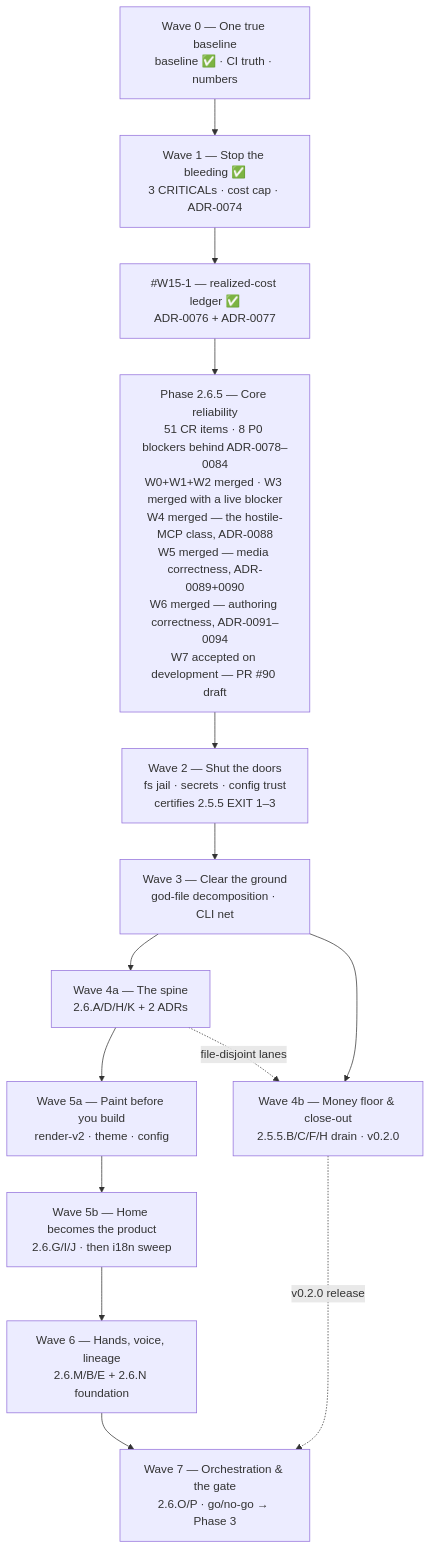
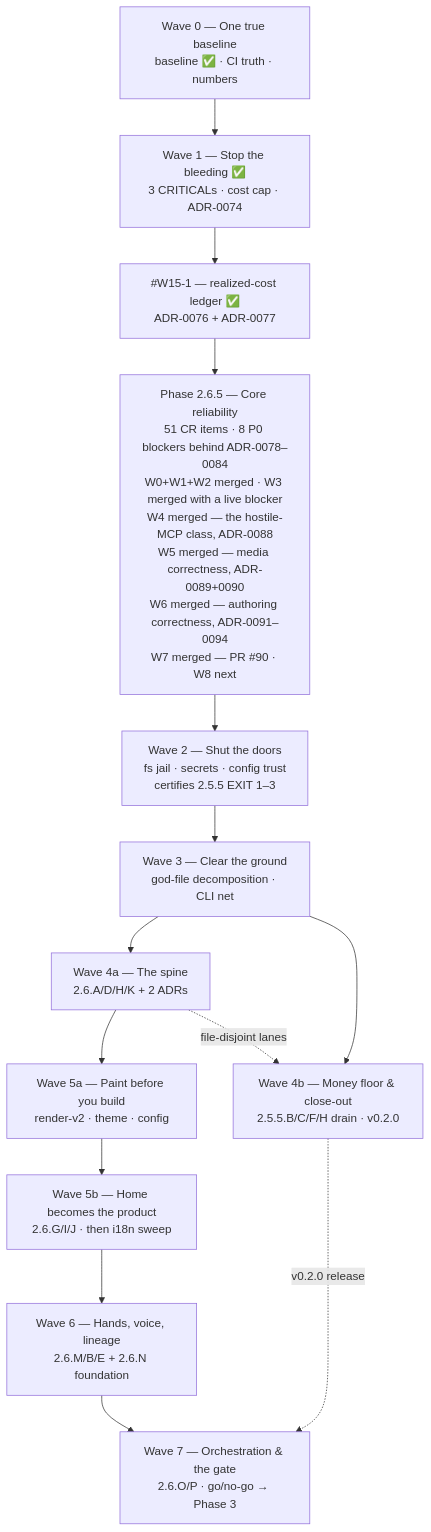
One commit to HodeTech/Relavium changed the diagram in docs/roadmap/current.md. Above: the diagram before and after it, drawn with Mermaid. The commit also changed other lines of this file and 5 other files, not shown here.

First line of the commit message:
docs(docs): record w7 merge and next reliability work

````diff
--- a/docs/roadmap/current.md
+++ b/docs/roadmap/current.md
@@ -430,19 +458,19 @@
 ```mermaid
 flowchart TD
     W0["Wave 0 — One true baseline<br/>baseline ✅ · CI truth · numbers"]
     W1["Wave 1 — Stop the bleeding ✅<br/>3 CRITICALs · cost cap · ADR-0074"]
     LEDGER["#W15-1 — realized-cost ledger ✅<br/>ADR-0076 + ADR-0077"]
-    P265["Phase 2.6.5 — Core reliability<br/>51 CR items · 8 P0 blockers behind ADR-0078–0084<br/>W0+W1+W2 merged · W3 merged with a live blocker<br/>W4 merged — the hostile-MCP class, ADR-0088<br/>W5 merged — media correctness, ADR-0089+0090<br/>W6 merged — authoring correctness, ADR-0091–0094<br/>W7 accepted on development — PR #90 draft"]
+    P265["Phase 2.6.5 — Core reliability<br/>51 CR items · 8 P0 blockers behind ADR-0078–0084<br/>W0+W1+W2 merged · W3 merged with a live blocker<br/>W4 merged — the hostile-MCP class, ADR-0088<br/>W5 merged — media correctness, ADR-0089+0090<br/>W6 merged — authoring correctness, ADR-0091–0094<br/>W7 merged — PR #90 · W8 next"]
     W2["Wave 2 — Shut the doors<br/>fs jail · secrets · config trust<br/>certifies 2.5.5 EXIT 1–3"]
     W3["Wave 3 — Clear the ground<br/>god-file decomposition · CLI net"]
     W4a["Wave 4a — The spine<br/>2.6.A/D/H/K + 2 ADRs"]
     W4b["Wave 4b — Money floor & close-out<br/>2.5.5.B/C/F/H drain · v0.2.0"]
     W5a["Wave 5a — Paint before you build<br/>render-v2 · theme · config"]
     W5b["Wave 5b — Home becomes the product<br/>2.6.G/I/J · then i18n sweep"]
     W6["Wave 6 — Hands, voice, lineage<br/>2.6.M/B/E + 2.6.N foundation"]
     W7["Wave 7 — Orchestration & the gate<br/>2.6.O/P · go/no-go → Phase 3"]
     W0 --> W1 --> LEDGER --> P265 --> W2 --> W3 --> W4a --> W5a --> W5b --> W6 --> W7
     W3 --> W4b
     W4b -.->|v0.2.0 release| W7
     W4a -.->|file-disjoint lanes| W4b
 ```
````
